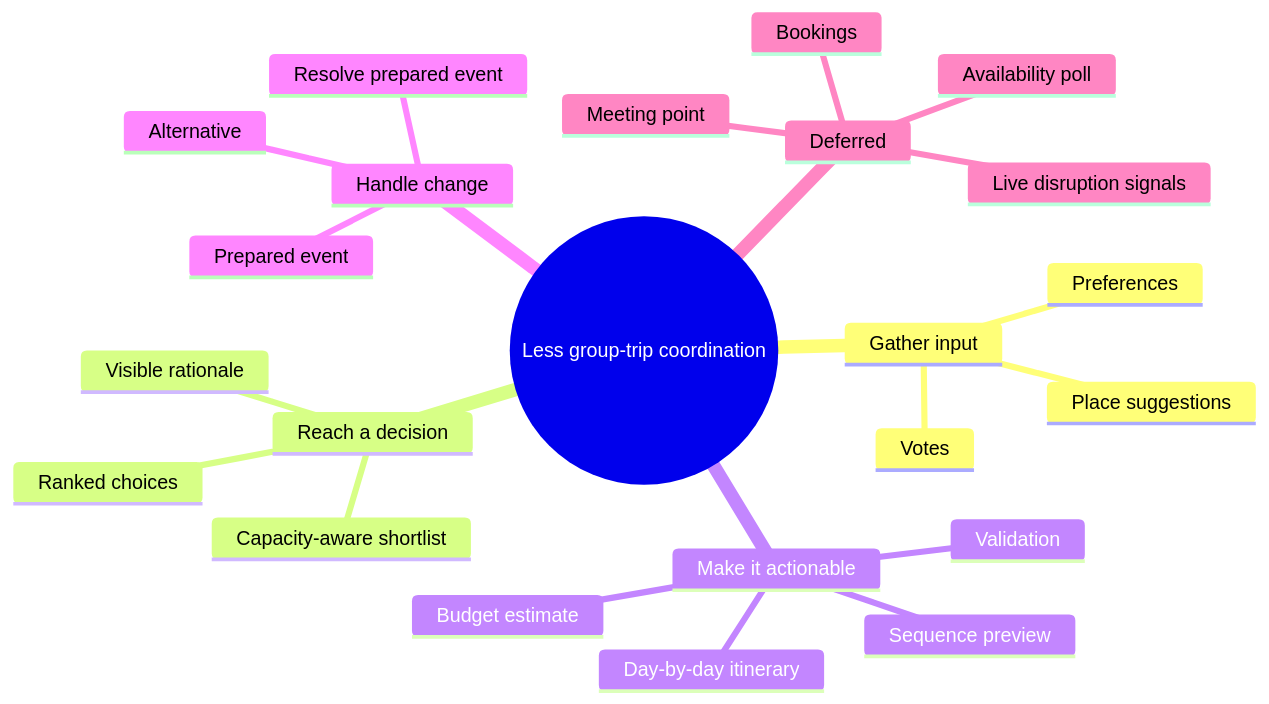
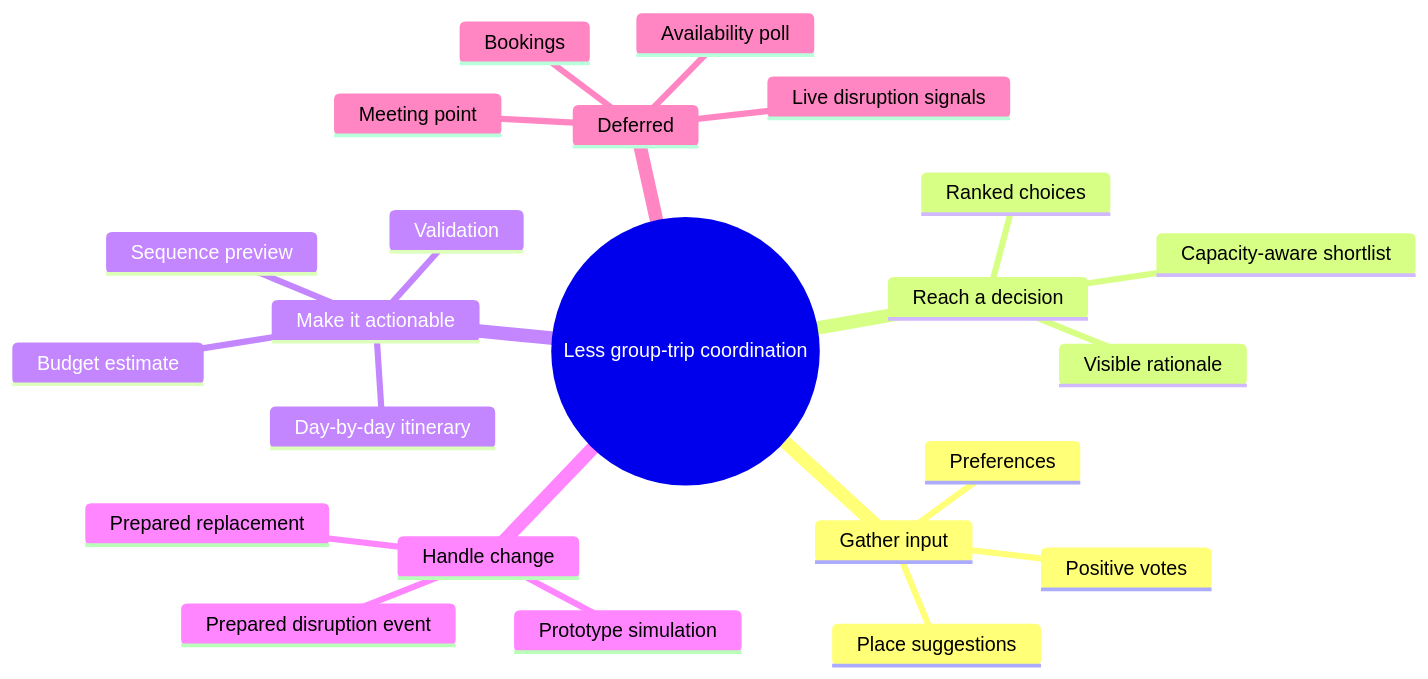
The second of 3 diagrams in README.md (qianyi-11/TravPlanner), drawn with Mermaid before and after one commit. The commit also changed other lines of this file and 1 other file, not shown here.

````diff
--- a/README.md
+++ b/README.md
@@ -136,26 +132,26 @@
 ```mermaid
 mindmap
   root((Less group-trip coordination))
     Gather input
       Preferences
       Place suggestions
-      Votes
+      Positive votes
     Reach a decision
       Ranked choices
       Capacity-aware shortlist
       Visible rationale
     Make it actionable
       Validation
       Sequence preview
       Day-by-day itinerary
       Budget estimate
     Handle change
-      Prepared event
-      Alternative
-      Resolve prepared event
+      Prepared disruption event
+      Prepared replacement
+      Prototype simulation
     Deferred
       Availability poll
       Meeting point
       Bookings
       Live disruption signals
 ```
````
